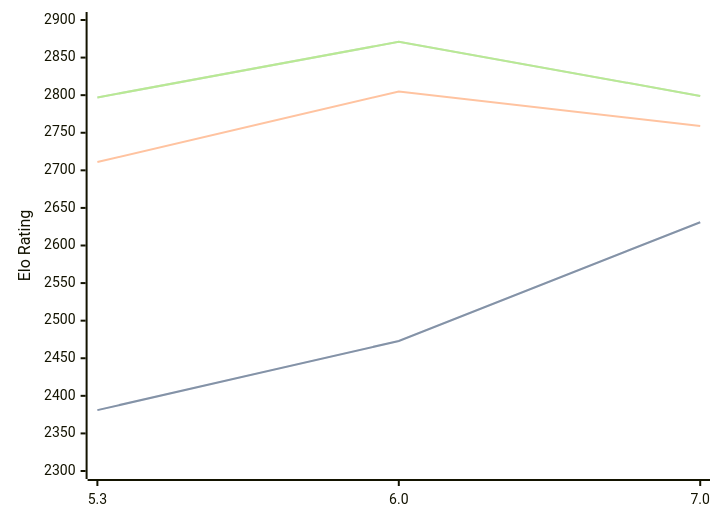
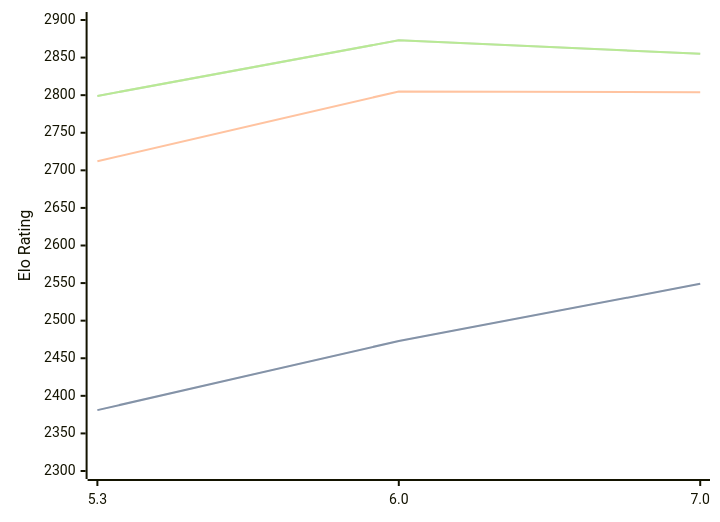
Before and after one commit to computer-chess-index/cci: the first of 3 diagrams in engines/tomitankChess.md, drawn with Mermaid. The commit also changed other lines of this file, not shown here.

Commit message:
Update CCI Ratings (ELO VLTC) - 2026-07-09

````diff
--- a/engines/tomitankChess.md
+++ b/engines/tomitankChess.md
@@ -41,11 +41,11 @@
 ```mermaid
 %%{init: {"theme":"base","themeVariables":{"seriesColors:['#a3a3a3','#222221','#faa371']}}}%%
 xychart-beta
   x-axis ["5.3", "6.0", "7.0"]
   y-axis "Elo Rating" 2300 --> 2900
-  line "STC (8.0+0.08s)" [2381, 2473, 2631]
-  line "STC (8.0+0.08s)" [2381, 2473, 2631]
-  line "LTC (60.0+0.60s)" [2711, 2805, 2759]
-  line "VLTC (2m24s+1.12s)" [2797, 2871, 2799]
-  line "VLTC (2m24s+1.12s)" [2797, 2871, 2799]
+  line "STC (8.0+0.08s)" [2381, 2473, 2549]
+  line "STC (8.0+0.08s)" [2381, 2473, 2549]
+  line "LTC (60.0+0.60s)" [2712, 2805, 2804]
+  line "VLTC (2m24s+1.12s)" [2799, 2873, 2855]
+  line "VLTC (2m24s+1.12s)" [2799, 2873, 2855]
 ```
````
